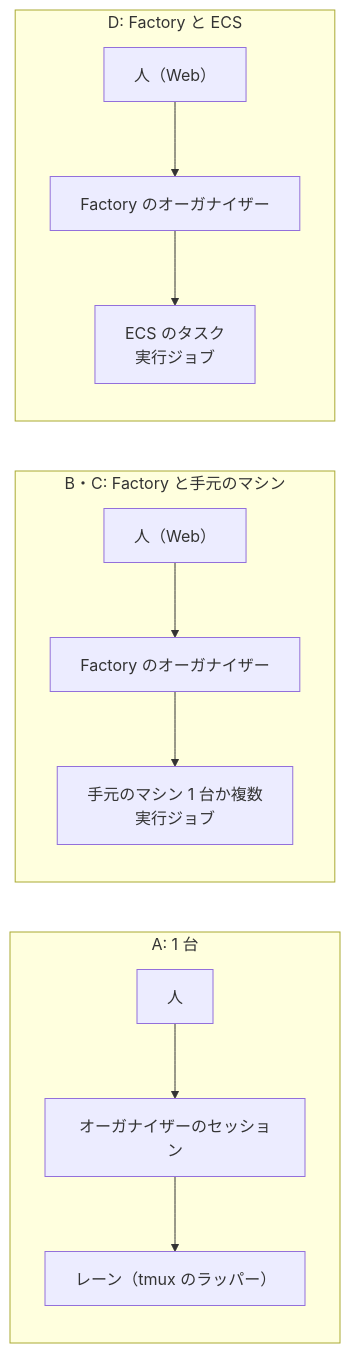
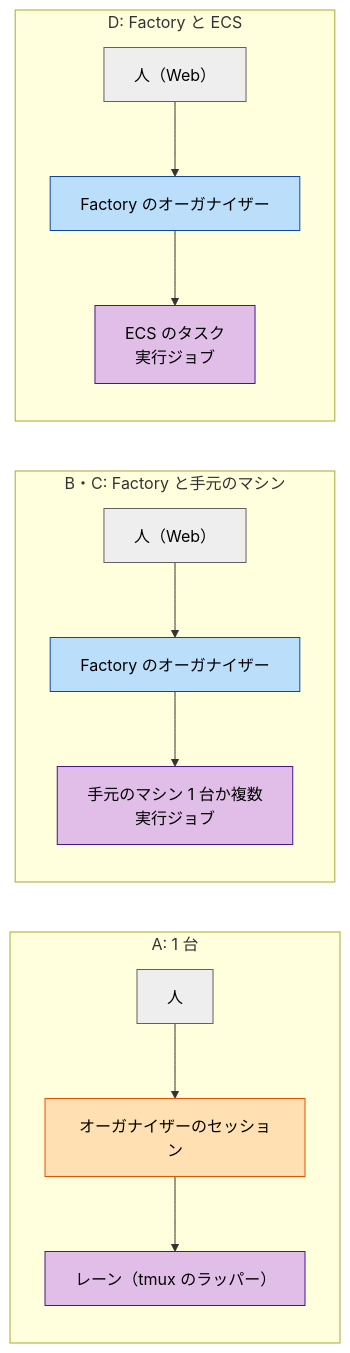
One commit to devbasex/ai-plugins changed the fourth of 4 diagrams in docs/ndf-parallel-model.md. Above: the diagram before and after it, drawn with Mermaid. The commit also changed other lines of this file, not shown here.

First line of the commit message:
Docs: 図のスクリプトと AI エージェントを色で分ける

````diff
--- a/docs/ndf-parallel-model.md
+++ b/docs/ndf-parallel-model.md
@@ -140,12 +165,20 @@
 ```mermaid
 flowchart LR
     subgraph A["A: 1 台"]
         A1["人"] --> A2["オーガナイザーのセッション"] --> A3["レーン（tmux のラッパー）"]
     end
     subgraph B["B・C: Factory と手元のマシン"]
         B1["人（Web）"] --> B2["Factory のオーガナイザー"] --> B3["手元のマシン 1 台か複数<br/>実行ジョブ"]
     end
     subgraph D["D: Factory と ECS"]
         D1["人（Web）"] --> D2["Factory のオーガナイザー"] --> D3["ECS のタスク<br/>実行ジョブ"]
     end
+    classDef ai fill:#ffe0b2,stroke:#e65100,color:#000
+    classDef script fill:#bbdefb,stroke:#0d47a1,color:#000
+    classDef mixed fill:#e1bee7,stroke:#4a148c,color:#000
+    classDef other fill:#eeeeee,stroke:#616161,color:#000
+    class A2 ai
+    class B2,D2 script
+    class A3,B3,D3 mixed
+    class A1,B1,D1 other
 ```
````
